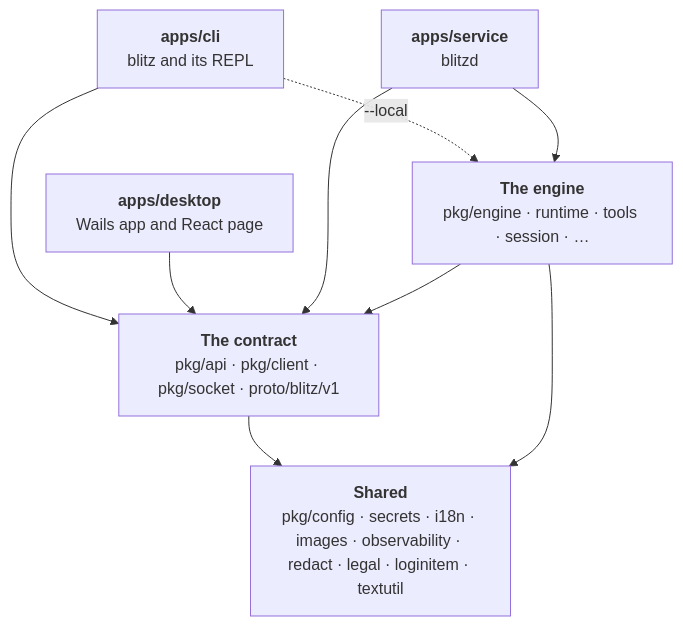
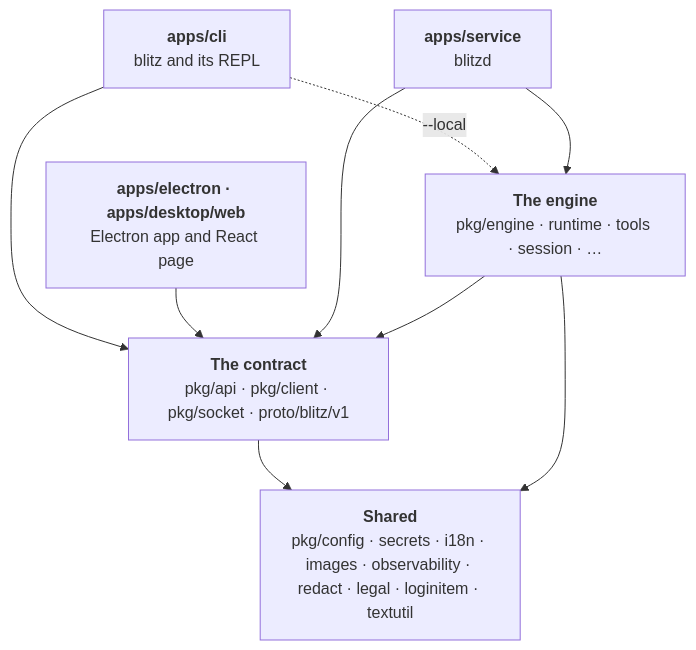
One commit to retail-cortex/blitz changed the diagram in docs/content/architecture/_index.md. Above: the diagram before and after it, drawn with Mermaid. The commit also changed other lines of this file and 124 other files, not shown here.

````diff
--- a/docs/content/architecture/_index.md
+++ b/docs/content/architecture/_index.md
@@ -10,17 +10,17 @@
 ```mermaid
 flowchart TB
     CLI["<b>apps/cli</b><br/>blitz and its REPL"]
-    DESK["<b>apps/desktop</b><br/>Wails app and React page"]
+    DESK["<b>apps/electron · apps/desktop/web</b><br/>Electron app and React page"]
     SVC["<b>apps/service</b><br/>blitzd"]
     CONTRACT["<b>The contract</b><br/>pkg/api · pkg/client · pkg/socket · proto/blitz/v1"]
     ENGINE["<b>The engine</b><br/>pkg/engine · runtime · tools · session · …"]
     SHARED["<b>Shared</b><br/>pkg/config · secrets · i18n · images · observability · redact · legal · loginitem · textutil"]
     CLI --> CONTRACT
     DESK --> CONTRACT
     CLI -. "--local" .-> ENGINE
     SVC --> ENGINE
     SVC --> CONTRACT
     ENGINE --> CONTRACT
     CONTRACT --> SHARED
     ENGINE --> SHARED
 ```
````
